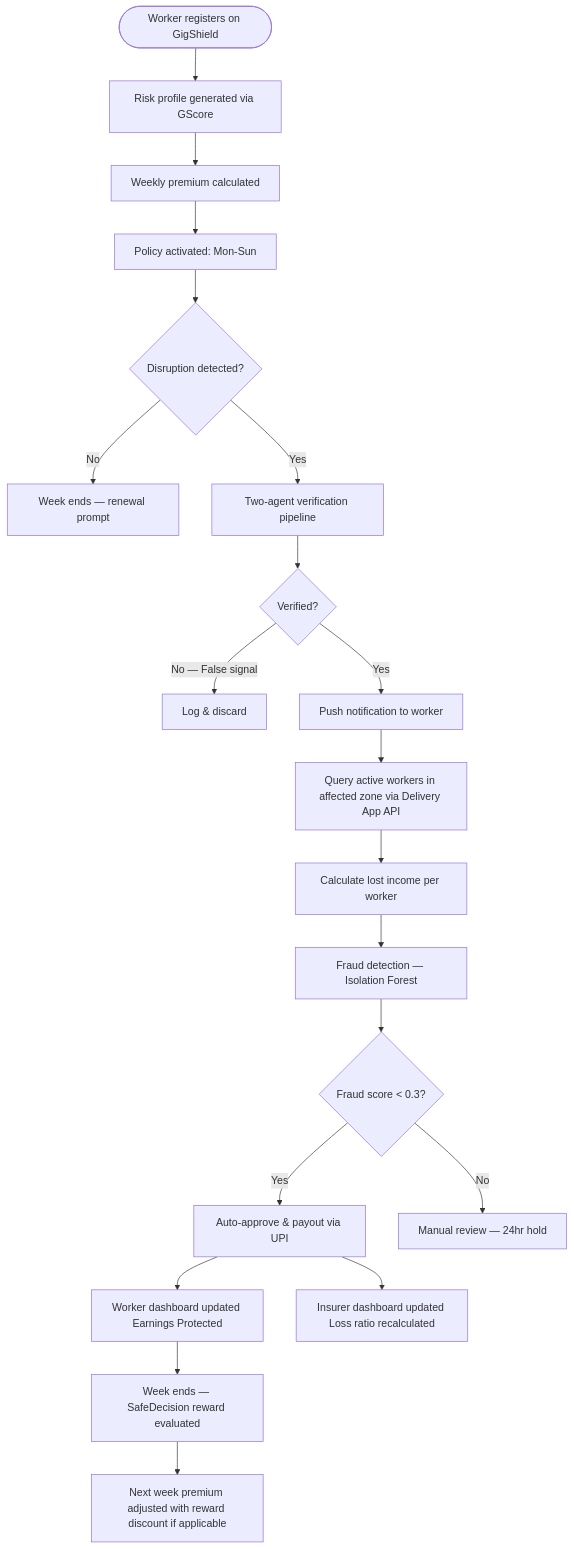
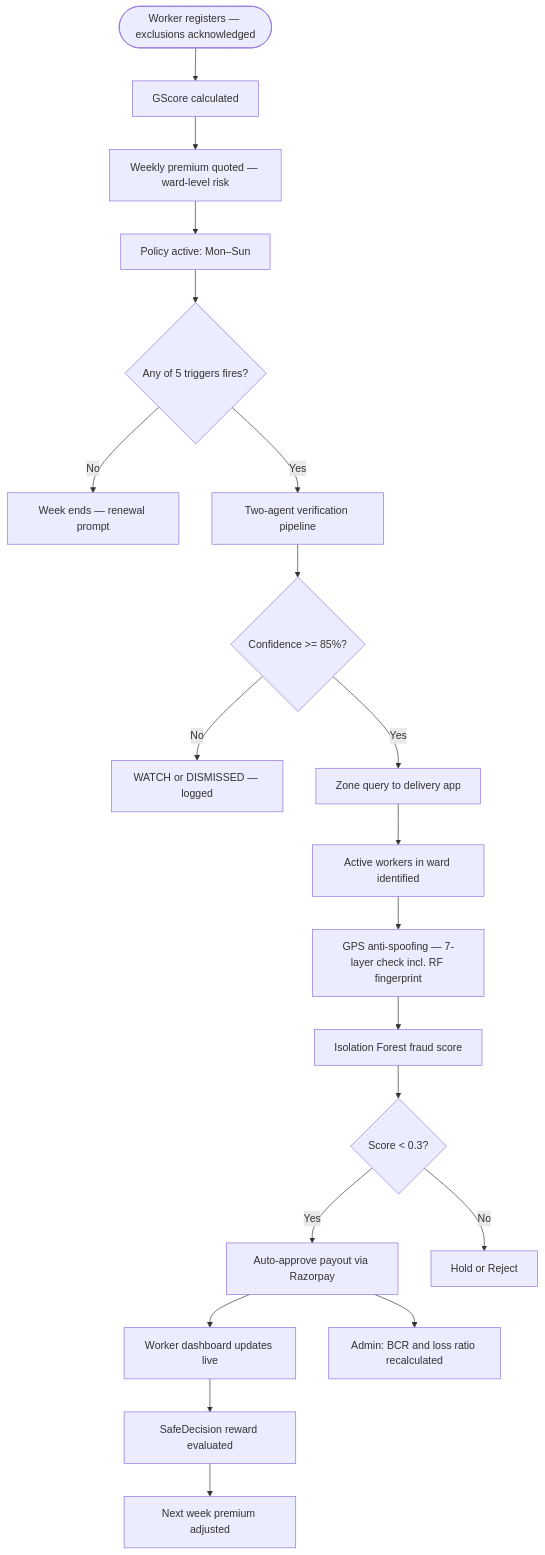
Before and after one commit to dhanushkrishnac7/GuideWire: the fifth of 5 diagrams in README.md, drawn with Mermaid. The commit also changed other lines of this file and 27 other files, not shown here.

````diff
--- a/README.md
+++ b/README.md
@@ -702,22 +877,22 @@
 ```mermaid
 flowchart TD
-    A([Worker registers on GigShield]) --> B[Risk profile generated via GScore]
-    B --> C[Weekly premium calculated]
-    C --> D[Policy activated: Mon-Sun]
-    D --> E{Disruption detected?}
+    A([Worker registers — exclusions acknowledged]) --> B[GScore calculated]
+    B --> C[Weekly premium quoted — ward-level risk]
+    C --> D[Policy active: Mon–Sun]
+    D --> E{Any of 5 triggers fires?}
     E -->|No| F[Week ends — renewal prompt]
     E -->|Yes| G[Two-agent verification pipeline]
-    G --> H{Verified?}
-    H -->|No — False signal| I[Log & discard]
-    H -->|Yes| J[Push notification to worker]
-    J --> K[Query active workers in affected zone via Delivery App API]
-    K --> L[Calculate lost income per worker]
-    L --> M[Fraud detection — Isolation Forest]
-    M --> N{Fraud score < 0.3?}
-    N -->|Yes| O[Auto-approve & payout via UPI]
-    N -->|No| P[Manual review — 24hr hold]
-    O --> Q[Worker dashboard updated Earnings Protected]
-    O --> R[Insurer dashboard updated Loss ratio recalculated]
-    Q --> S[Week ends — SafeDecision reward evaluated]
-    S --> T[Next week premium adjusted with reward discount if applicable]
+    G --> H{Confidence >= 85%?}
+    H -->|No| I[WATCH or DISMISSED — logged]
+    H -->|Yes| J[Zone query to delivery app]
+    J --> K[Active workers in ward identified]
+    K --> L[GPS anti-spoofing — 7-layer check incl. RF fingerprint]
+    L --> M[Isolation Forest fraud score]
+    M --> N{Score < 0.3?}
+    N -->|Yes| O[Auto-approve payout via Razorpay]
+    N -->|No| P[Hold or Reject]
+    O --> Q[Worker dashboard updates live]
+    O --> R[Admin: BCR and loss ratio recalculated]
+    Q --> S[SafeDecision reward evaluated]
+    S --> T[Next week premium adjusted]
 ```
````
